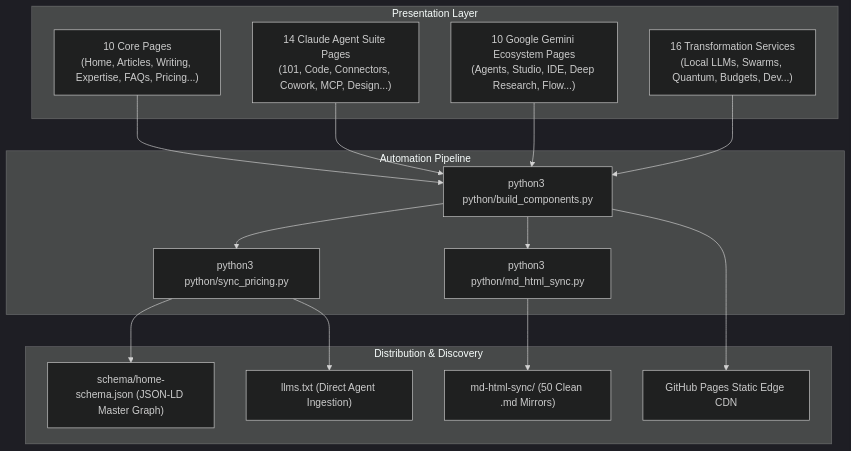
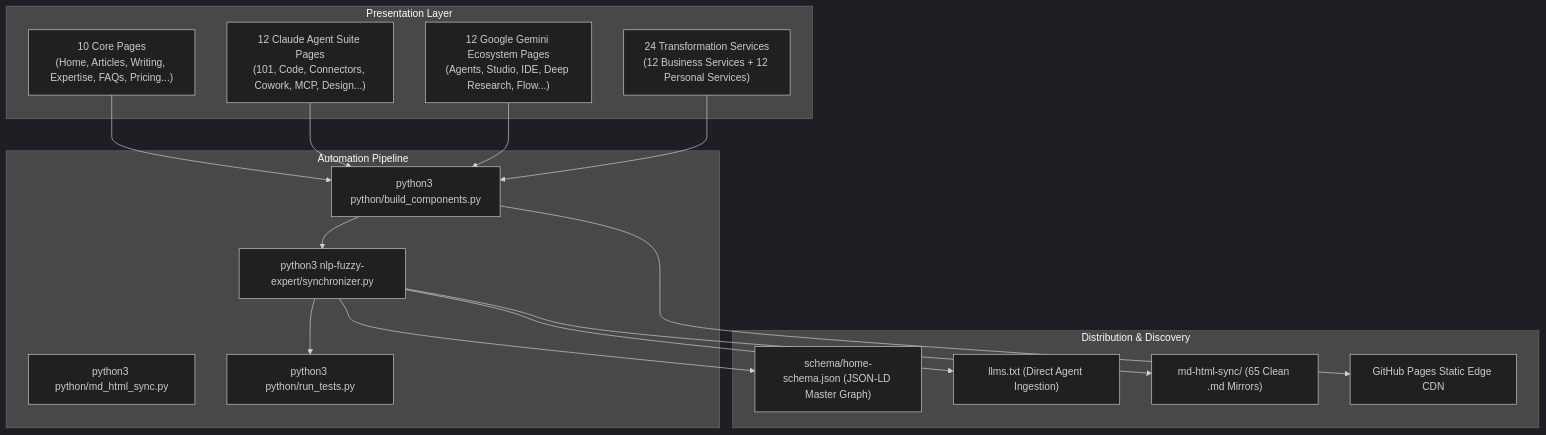
One commit to thomascherickal/thomascherickal.github.io changed the second of 2 diagrams in README.md. Above: the diagram before and after it, drawn with Mermaid (dark theme). The commit also changed other lines of this file and 191 other files, not shown here.

Commit message:
Implement NLP-fuzzy expert sync engine, test suite, and update Gemini guides

````diff
--- a/README.md
+++ b/README.md
@@ -155,33 +156,34 @@
 ```mermaid
 graph TD
   subgraph Presentation Layer
     CorePages["10 Core Pages<br/>(Home, Articles, Writing, Expertise, FAQs, Pricing...)"]
-    ClaudePages["14 Claude Agent Suite Pages<br/>(101, Code, Connectors, Cowork, MCP, Design...)"]
-    GeminiPages["10 Google Gemini Ecosystem Pages<br/>(Agents, Studio, IDE, Deep Research, Flow...)"]
-    ServicePages["16 Transformation Services<br/>(Local LLMs, Swarms, Quantum, Budgets, Dev...)"]
+    ClaudePages["12 Claude Agent Suite Pages<br/>(101, Code, Connectors, Cowork, MCP, Design...)"]
+    GeminiPages["12 Google Gemini Ecosystem Pages<br/>(Agents, Studio, IDE, Deep Research, Flow...)"]
+    ServicePages["24 Transformation Services<br/>(12 Business Services + 12 Personal Services)"]
   end
 
   subgraph Automation Pipeline
     Build["python3 python/build_components.py"]
-    Pricing["python3 python/sync_pricing.py"]
+    NLPExpert["python3 nlp-fuzzy-expert/synchronizer.py"]
     Sync["python3 python/md_html_sync.py"]
+    Tests["python3 python/run_tests.py"]
   end
 
   subgraph Distribution & Discovery
     Schema["schema/home-schema.json (JSON-LD Master Graph)"]
     LLMSTxt["llms.txt (Direct Agent Ingestion)"]
-    Markdown["md-html-sync/ (50 Clean .md Mirrors)"]
+    Markdown["md-html-sync/ (65 Clean .md Mirrors)"]
     Edge["GitHub Pages Static Edge CDN"]
   end
 
   CorePages --> Build
   ClaudePages --> Build
   GeminiPages --> Build
   ServicePages --> Build
-  Build --> Pricing
-  Build --> Sync
-  Pricing --> Schema
-  Pricing --> LLMSTxt
-  Sync --> Markdown
+  Build --> NLPExpert
+  NLPExpert --> Schema
+  NLPExpert --> LLMSTxt
+  NLPExpert --> Markdown
+  NLPExpert --> Tests
   Build --> Edge
 ```
````
